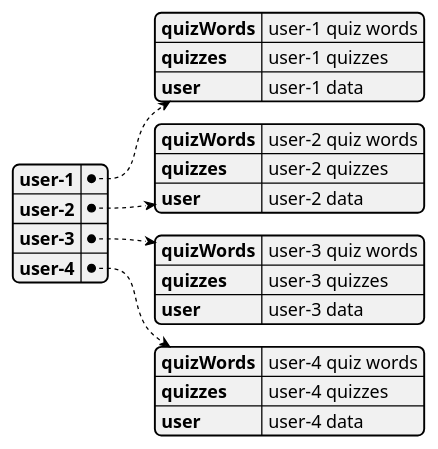
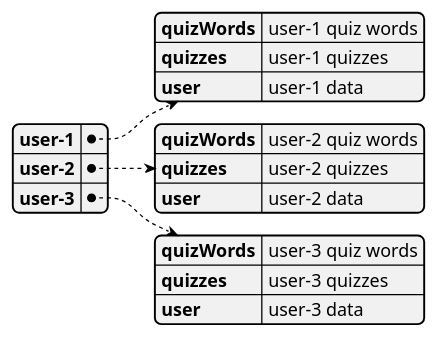
The diagram in diagrams/data structure/multi_users.puml (Reggar66/Simple-words), drawn with PlantUML before and after one commit.

Commit message:
some diagrams

```diff
--- a/diagrams/data structure/multi_users.puml
+++ b/diagrams/data structure/multi_users.puml
@@ -1,24 +1,19 @@
 @startjson
 {
   "user-1": {
     "quizWords": "user-1 quiz words",
     "quizzes": "user-1 quizzes",
     "user": "user-1 data"
   },
   "user-2": {
     "quizWords": "user-2 quiz words",
     "quizzes": "user-2 quizzes",
     "user": "user-2 data"
   },
   "user-3": {
     "quizWords": "user-3 quiz words",
     "quizzes": "user-3 quizzes",
     "user": "user-3 data"
-  },
-  "user-4": {
-    "quizWords": "user-4 quiz words",
-    "quizzes": "user-4 quizzes",
-    "user": "user-4 data"
   }
 }
 @endjson
```
